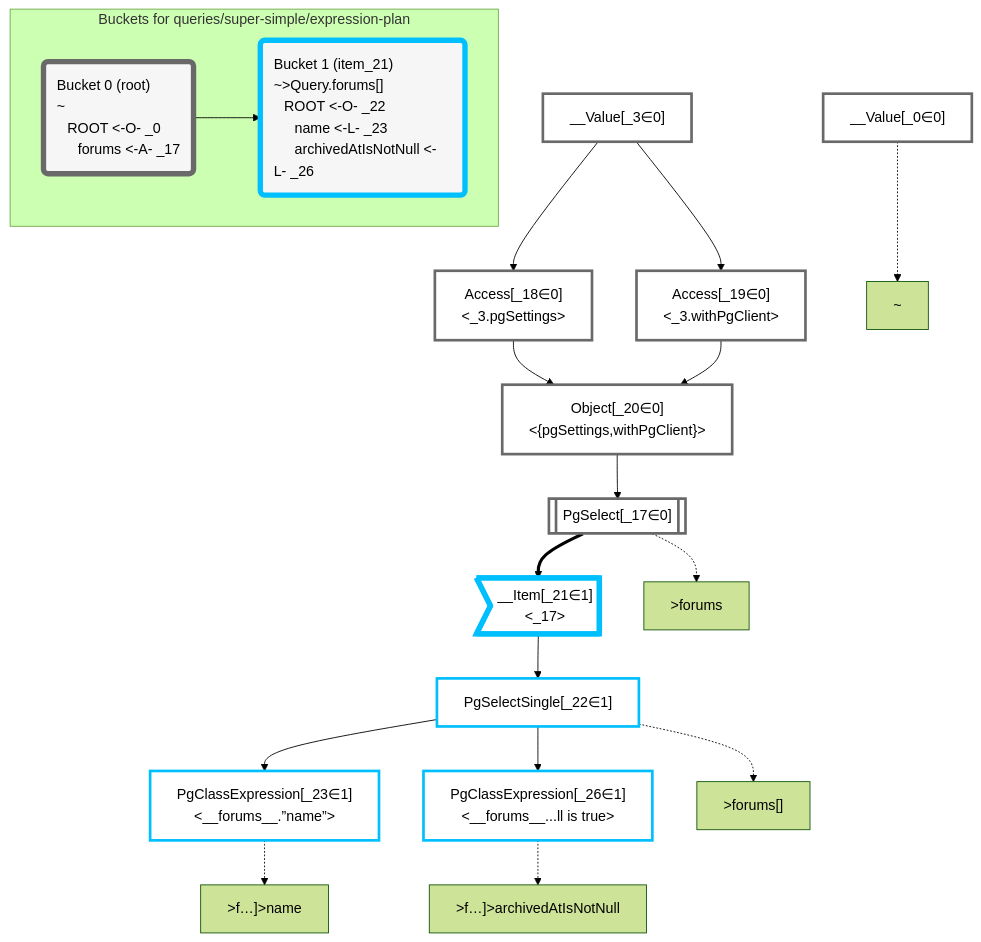
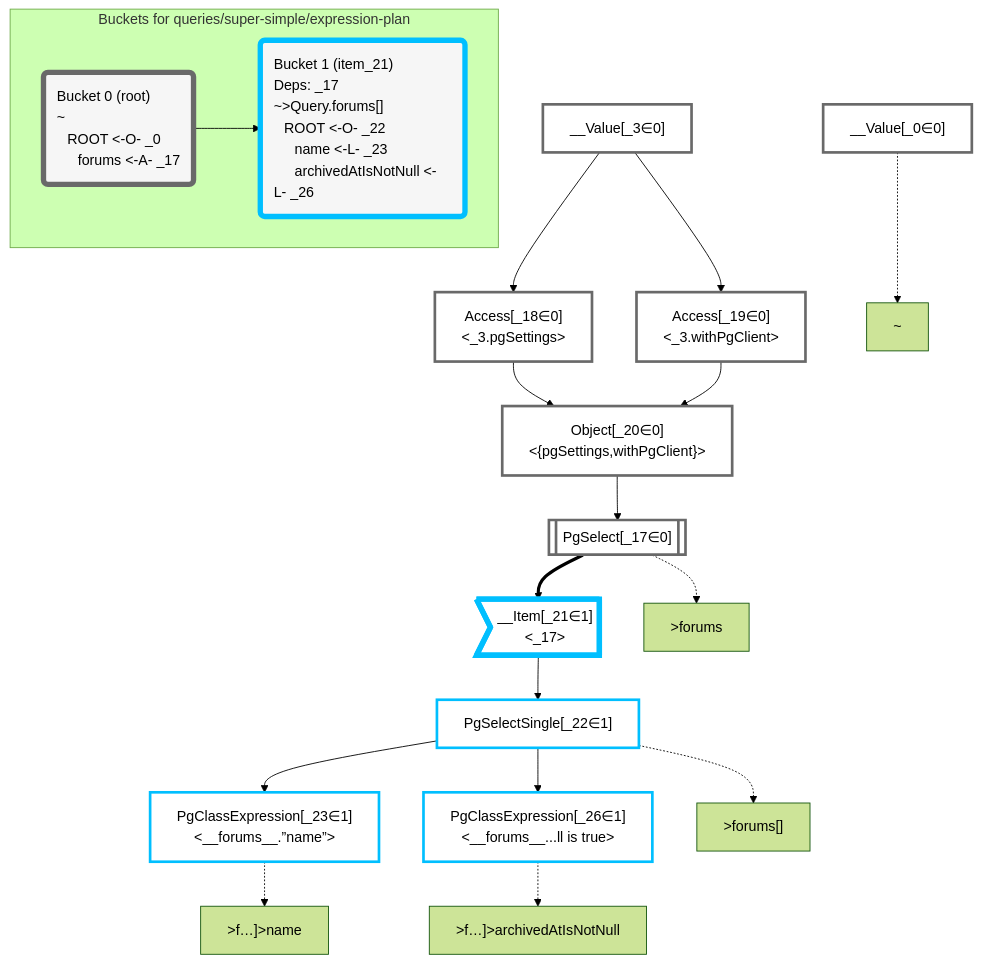
The diagram in packages/dataplan-pg/__tests__/queries/super-simple/expression-plan.mermaid.md (graphile/crystal), drawn with Mermaid (forest theme) before and after one commit. The commit also changed 157 other files, not shown here.

Commit message:
Add deps to all query snapshots

````diff
--- a/packages/dataplan-pg/__tests__/queries/super-simple/expression-plan.mermaid.md
+++ b/packages/dataplan-pg/__tests__/queries/super-simple/expression-plan.mermaid.md
@@ -1,58 +1,58 @@
 ```mermaid
 graph TD
     classDef path fill:#eee,stroke:#000,color:#000
     classDef plan fill:#fff,stroke-width:3px,color:#000
     classDef itemplan fill:#fff,stroke-width:6px,color:#000
     classDef sideeffectplan fill:#f00,stroke-width:6px,color:#000
     classDef bucket fill:#f6f6f6,color:#000,stroke-width:6px,text-align:left
 
 
     %% define plans
     __Value_0["__Value[_0∈0]"]:::plan
     __Value_3["__Value[_3∈0]<br /><context>"]:::plan
     PgSelect_17[["PgSelect[_17∈0]<br /><forums>"]]:::plan
     Access_18["Access[_18∈0]<br /><_3.pgSettings>"]:::plan
     Access_19["Access[_19∈0]<br /><_3.withPgClient>"]:::plan
     Object_20["Object[_20∈0]<br /><{pgSettings,withPgClient}>"]:::plan
     __Item_21>"__Item[_21∈1]<br /><_17>"]:::itemplan
     PgSelectSingle_22["PgSelectSingle[_22∈1]<br /><forums>"]:::plan
     PgClassExpression_23["PgClassExpression[_23∈1]<br /><__forums__.”name”>"]:::plan
     PgClassExpression_26["PgClassExpression[_26∈1]<br /><__forums__...ll is true>"]:::plan
 
     %% plan dependencies
     Object_20 --> PgSelect_17
     __Value_3 --> Access_18
     __Value_3 --> Access_19
     Access_18 --> Object_20
     Access_19 --> Object_20
     PgSelect_17 ==> __Item_21
     __Item_21 --> PgSelectSingle_22
     PgSelectSingle_22 --> PgClassExpression_23
     PgSelectSingle_22 --> PgClassExpression_26
 
     %% plan-to-path relationships
     P_0["~"]
     __Value_0 -.-> P_0
     P_17[">forums"]
     PgSelect_17 -.-> P_17
     P_22[">forums[]"]
     PgSelectSingle_22 -.-> P_22
     P_23[">f…]>name"]
     PgClassExpression_23 -.-> P_23
     P_26[">f…]>archivedAtIsNotNull"]
     PgClassExpression_26 -.-> P_26
 
     %% allocate buckets
     classDef bucket0 stroke:#696969
     class __Value_0,__Value_3,PgSelect_17,Access_18,Access_19,Object_20 bucket0
     classDef bucket1 stroke:#00bfff
     class __Item_21,PgSelectSingle_22,PgClassExpression_23,PgClassExpression_26 bucket1
 
     subgraph "Buckets for queries/super-simple/expression-plan"
     Bucket0("Bucket 0 (root)<br />~<br />⠀ROOT <-O- _0<br />⠀⠀forums <-A- _17"):::bucket
     style Bucket0 stroke:#696969
-    Bucket1("Bucket 1 (item_21)<br />~>Query.forums[]<br />⠀ROOT <-O- _22<br />⠀⠀name <-L- _23<br />⠀⠀archivedAtIsNotNull <-L- _26"):::bucket
+    Bucket1("Bucket 1 (item_21)<br />Deps: _17<br />~>Query.forums[]<br />⠀ROOT <-O- _22<br />⠀⠀name <-L- _23<br />⠀⠀archivedAtIsNotNull <-L- _26"):::bucket
     style Bucket1 stroke:#00bfff
     Bucket0 --> Bucket1
     end
 ```
````
